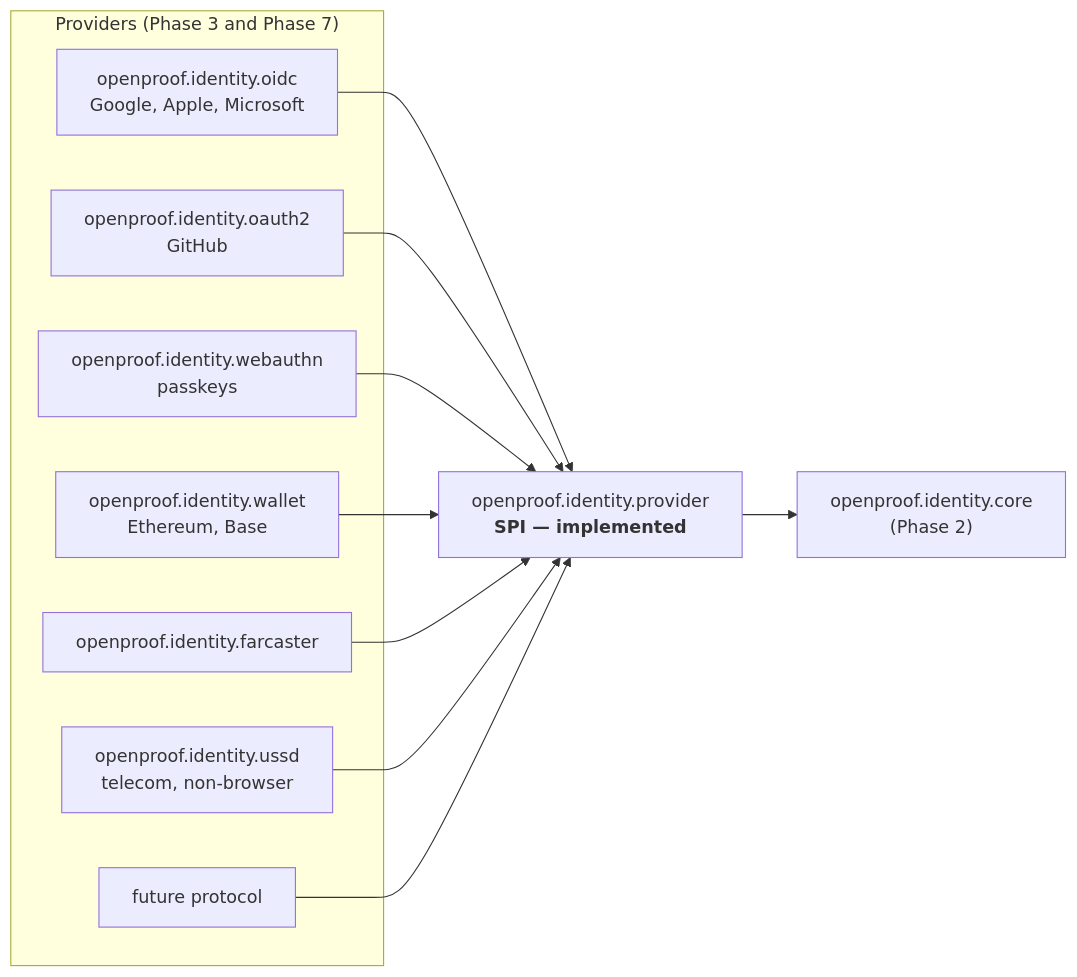
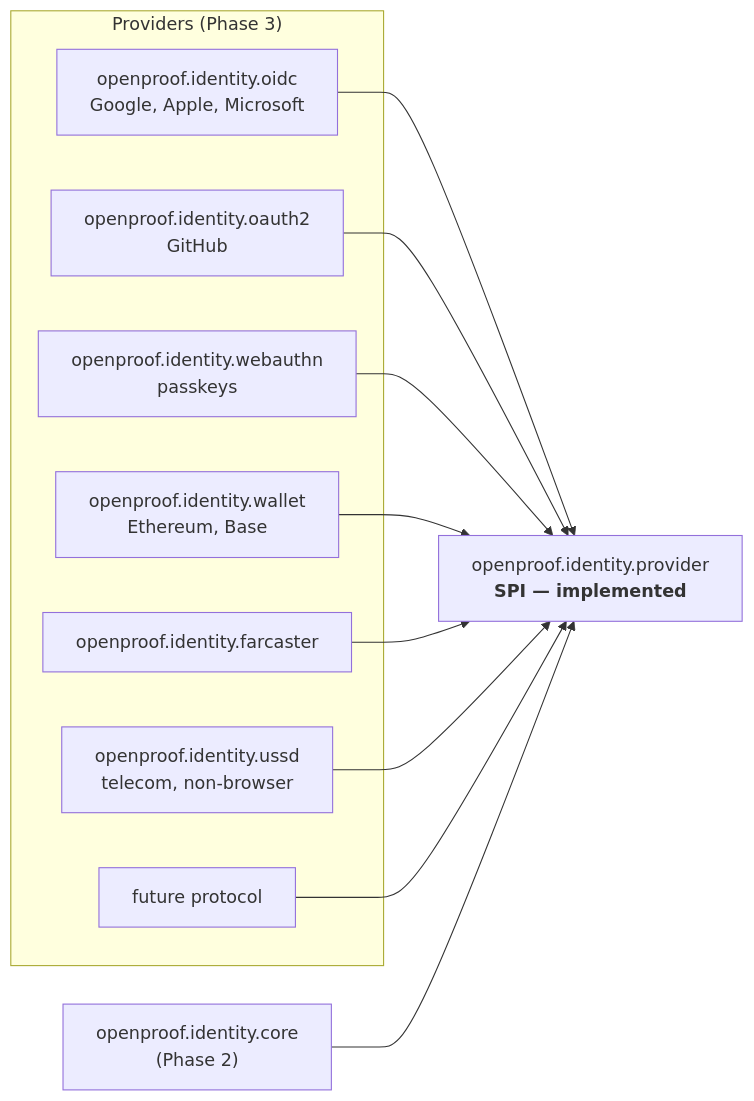
The second of 2 diagrams in docs/01-ARCHITECTURE.md (genyleap/openproof), drawn with Mermaid before and after one commit. The commit also changed other lines of this file and 24 other files, not shown here.

````diff
--- a/docs/01-ARCHITECTURE.md
+++ b/docs/01-ARCHITECTURE.md
@@ -76,24 +93,24 @@
 ```mermaid
 graph LR
-    subgraph providers["Providers (Phase 3 and Phase 7)"]
+    subgraph providers["Providers (Phase 3)"]
         oidc["openproof.identity.oidc<br/>Google, Apple, Microsoft"]
         oauth["openproof.identity.oauth2<br/>GitHub"]
         webauthn["openproof.identity.webauthn<br/>passkeys"]
         wallet["openproof.identity.wallet<br/>Ethereum, Base"]
         farcaster["openproof.identity.farcaster"]
         ussd["openproof.identity.ussd<br/>telecom, non-browser"]
         future["future protocol"]
     end
 
     spi["openproof.identity.provider<br/><b>SPI — implemented</b>"]
     core["openproof.identity.core<br/>(Phase 2)"]
 
     oidc --> spi
     oauth --> spi
     webauthn --> spi
     wallet --> spi
     farcaster --> spi
     ussd --> spi
     future --> spi
-    spi --> core
+    core --> spi
 ```
````
